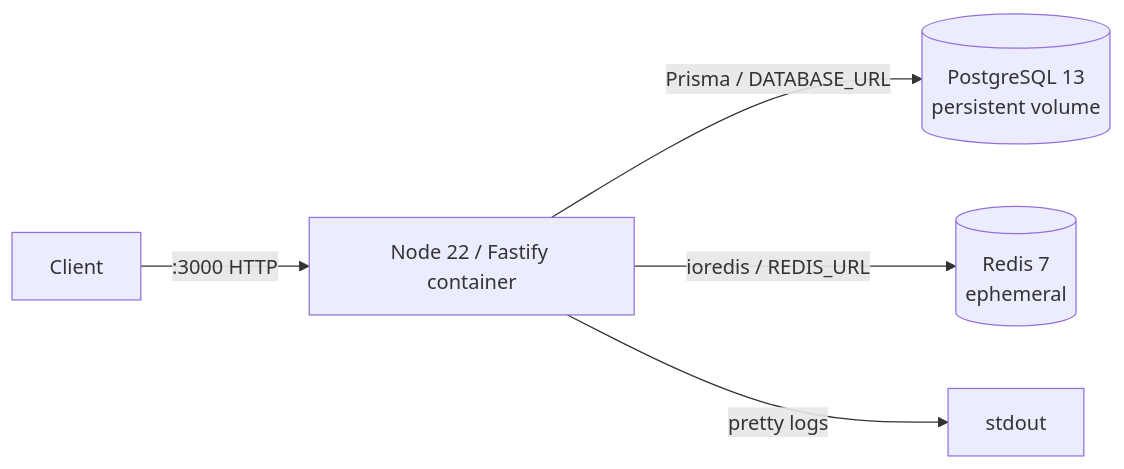
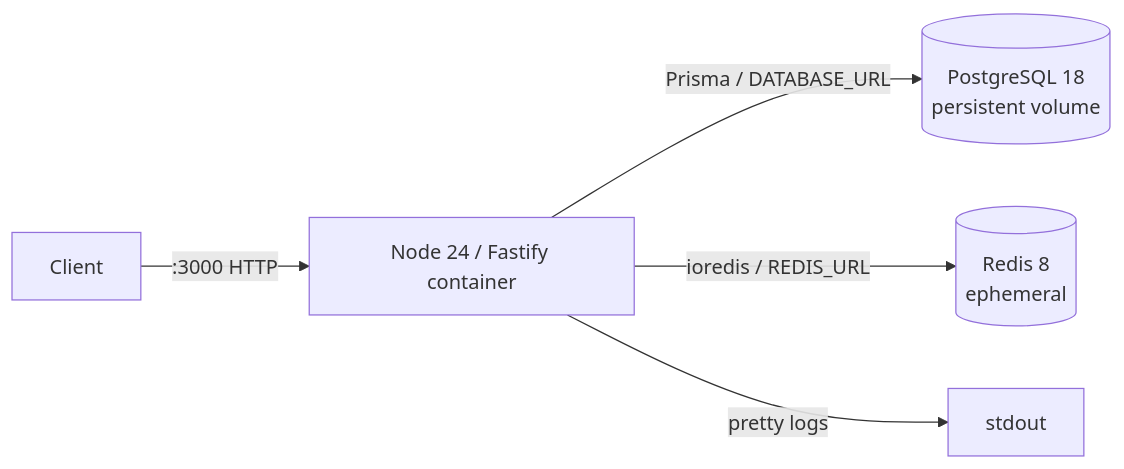
Diagram 12 of 13 in docs/architecture-dashboard.md (TimaRejepgulyew/gonna-play-backend), drawn with Mermaid before and after one commit. The commit also changed other lines of this file and 48 other files, not shown here.

````diff
--- a/docs/architecture-dashboard.md
+++ b/docs/architecture-dashboard.md
@@ -594,7 +594,7 @@
 ```mermaid
 flowchart LR
-    U[Client] -->|:3000 HTTP| B[Node 22 / Fastify container]
-    B -->|Prisma / DATABASE_URL| P[(PostgreSQL 13\npersistent volume)]
-    B -->|ioredis / REDIS_URL| R[(Redis 7\nephemeral)]
+    U[Client] -->|:3000 HTTP| B[Node 24 / Fastify container]
+    B -->|Prisma / DATABASE_URL| P[(PostgreSQL 18\npersistent volume)]
+    B -->|ioredis / REDIS_URL| R[(Redis 8\nephemeral)]
     B -->|pretty logs| L[stdout]
 ```
````
